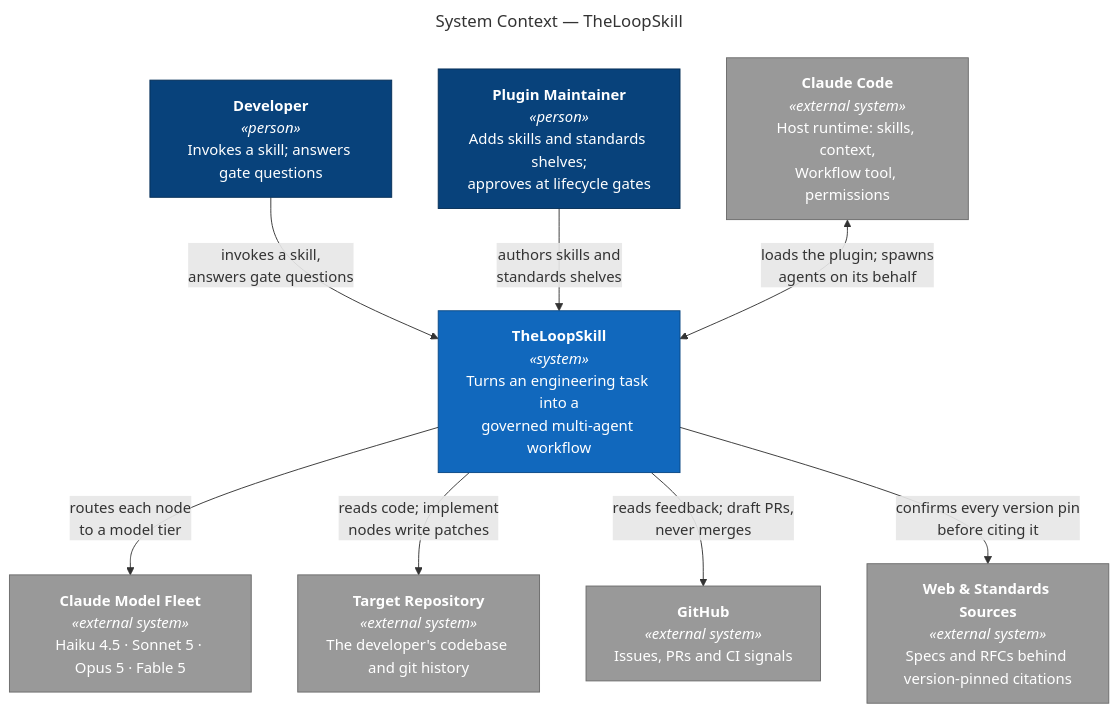
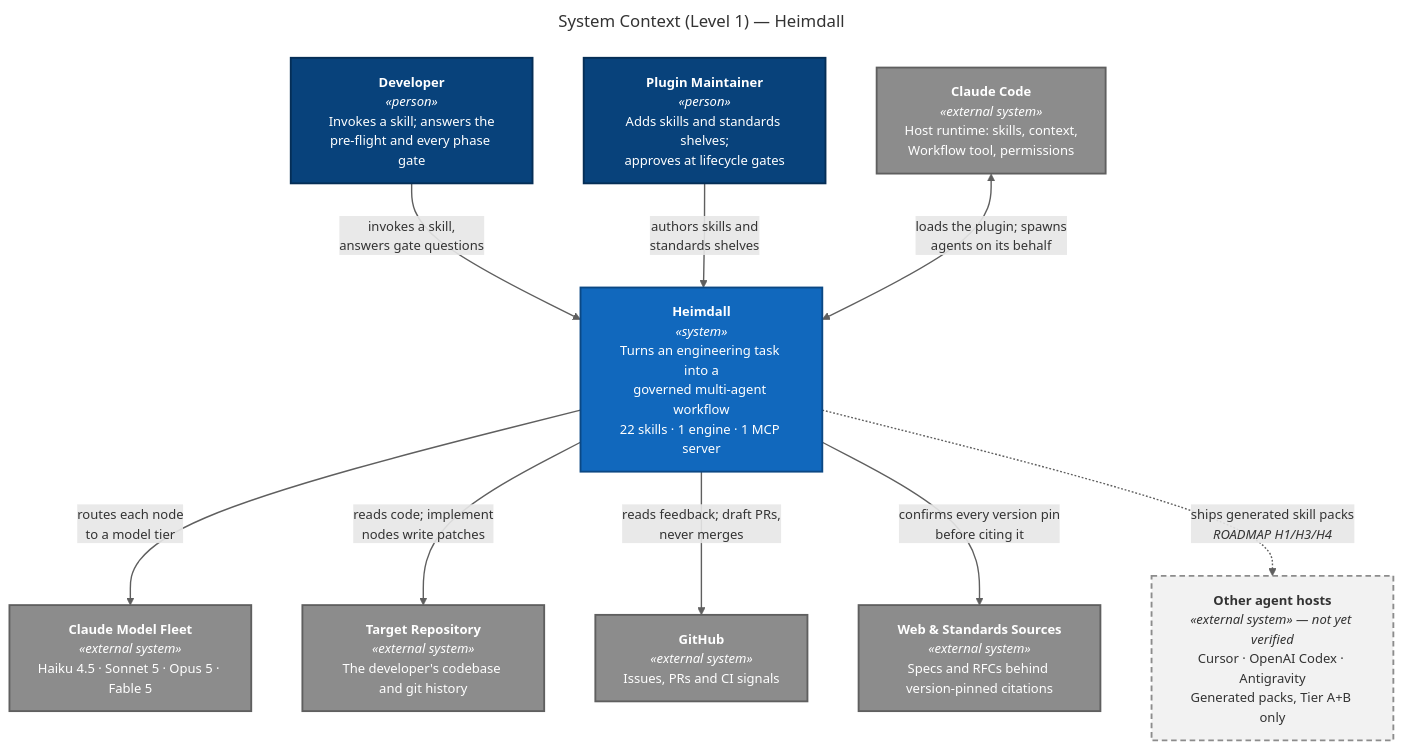
The diagram in docs/c4/diagrams/src/context.mmd (santapong/Proof), drawn with Mermaid before and after one commit. The commit also changed 23 other files, not shown here.

First line of the commit message:
Docs: add the 4+1 views, refresh the C4 diagrams, fix the counts

```diff
--- a/docs/c4/diagrams/src/context.mmd
+++ b/docs/c4/diagrams/src/context.mmd
@@ -1,29 +1,35 @@
 ---
-title: "System Context — TheLoopSkill"
+title: "System Context (Level 1) — Heimdall"
 ---
+%%{init: {"flowchart": {"curve": "basis", "nodeSpacing": 55, "rankSpacing": 70}, "themeVariables": {"fontFamily": "Segoe UI, Helvetica, Arial, sans-serif", "fontSize": "14px"}}}%%
 flowchart TB
-    dev["<b>Developer</b><br/><i>«person»</i><br/>Invokes a skill; answers gate questions"]
+    dev["<b>Developer</b><br/><i>«person»</i><br/>Invokes a skill; answers the<br/>pre-flight and every phase gate"]
     maint["<b>Plugin Maintainer</b><br/><i>«person»</i><br/>Adds skills and standards shelves;<br/>approves at lifecycle gates"]
 
-    tls["<b>TheLoopSkill</b><br/><i>«system»</i><br/>Turns an engineering task into a<br/>governed multi-agent workflow"]
+    heimdall["<b>Heimdall</b><br/><i>«system»</i><br/>Turns an engineering task into a<br/>governed multi-agent workflow<br/>22 skills · 1 engine · 1 MCP server"]
 
     cc["<b>Claude Code</b><br/><i>«external system»</i><br/>Host runtime: skills, context,<br/>Workflow tool, permissions"]
     fleet["<b>Claude Model Fleet</b><br/><i>«external system»</i><br/>Haiku 4.5 · Sonnet 5 · Opus 5 · Fable 5"]
     repo["<b>Target Repository</b><br/><i>«external system»</i><br/>The developer's codebase and git history"]
     forge["<b>GitHub</b><br/><i>«external system»</i><br/>Issues, PRs and CI signals"]
     web["<b>Web &amp; Standards Sources</b><br/><i>«external system»</i><br/>Specs and RFCs behind version-pinned citations"]
+    hosts["<b>Other agent hosts</b><br/><i>«external system» — not yet verified</i><br/>Cursor · OpenAI Codex · Antigravity<br/>Generated packs, Tier A+B only"]
 
-    dev -- "invokes a skill,<br/>answers gate questions" --> tls
-    maint -- "authors skills and<br/>standards shelves" --> tls
-    cc <-- "loads the plugin; spawns<br/>agents on its behalf" --> tls
-    tls -- "routes each node<br/>to a model tier" --> fleet
-    tls -- "reads code; implement<br/>nodes write patches" --> repo
-    tls -- "reads feedback; draft PRs,<br/>never merges" --> forge
-    tls -- "confirms every version pin<br/>before citing it" --> web
+    dev -- "invokes a skill,<br/>answers gate questions" --> heimdall
+    maint -- "authors skills and<br/>standards shelves" --> heimdall
+    cc <-- "loads the plugin; spawns<br/>agents on its behalf" --> heimdall
+    heimdall -- "routes each node<br/>to a model tier" --> fleet
+    heimdall -- "reads code; implement<br/>nodes write patches" --> repo
+    heimdall -- "reads feedback; draft PRs,<br/>never merges" --> forge
+    heimdall -- "confirms every version pin<br/>before citing it" --> web
+    heimdall -. "ships generated skill packs<br/><i>ROADMAP H1/H3/H4</i>" .-> hosts
 
-    classDef person fill:#08427B,stroke:#052E56,color:#fff
-    classDef system fill:#1168BD,stroke:#0B4884,color:#fff
-    classDef ext fill:#999999,stroke:#6B6B6B,color:#fff
+    classDef person fill:#08427B,stroke:#052E56,stroke-width:2px,color:#fff
+    classDef system fill:#1168BD,stroke:#0B4884,stroke-width:2px,color:#fff
+    classDef ext fill:#8C8C8C,stroke:#5F5F5F,stroke-width:2px,color:#fff
+    classDef planned fill:#F2F2F2,stroke:#8C8C8C,stroke-width:2px,stroke-dasharray:6 4,color:#333
     class dev,maint person
-    class tls system
+    class heimdall system
     class cc,fleet,repo,forge,web ext
+    class hosts planned
+    linkStyle default stroke:#5F5F5F,stroke-width:1.5px,color:#333
```
